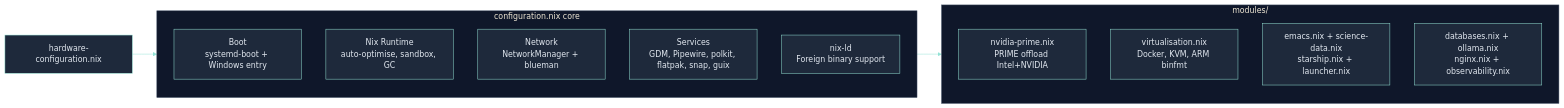
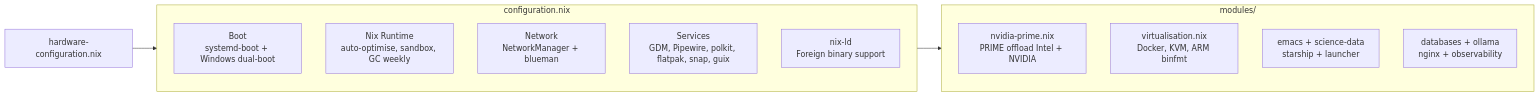
Before and after one commit to RomeoCavazza/nixos-config: the second of 8 diagrams in docs/README.md, drawn with Mermaid. The commit also changed other lines of this file, not shown here.

Commit message:
docs: fix Mermaid parse errors, clean stray PNGs, use default GitHub colors

````diff
--- a/docs/README.md
+++ b/docs/README.md
@@ -52,23 +51,22 @@
 ```mermaid
-%%{init: {'theme': 'base', 'themeVariables': { 'primaryColor': '#1e293b', 'secondaryColor': '#0f172a', 'tertiaryColor': '#0f172a', 'primaryBorderColor': '#94e2d5', 'lineColor': '#94e2d5', 'primaryTextColor': '#e2e8f0', 'clusterBkg': '#0f172a', 'clusterBorder': '#475569' }}}%%
 flowchart LR
   hw[hardware-configuration.nix]
 
-  subgraph core["configuration.nix core"]
-    boot["Boot\nsystemd-boot + Windows entry"]
-    nixrt["Nix Runtime\nauto-optimise, sandbox, GC"]
+  subgraph core["configuration.nix"]
+    boot["Boot\nsystemd-boot + Windows dual-boot"]
+    nixrt["Nix Runtime\nauto-optimise, sandbox, GC weekly"]
     net["Network\nNetworkManager + blueman"]
     svc["Services\nGDM, Pipewire, polkit, flatpak, snap, guix"]
     nld["nix-ld\nForeign binary support"]
   end
 
   subgraph mods["modules/"]
-    nv["nvidia-prime.nix\nPRIME offload Intel+NVIDIA"]
+    nv["nvidia-prime.nix\nPRIME offload Intel + NVIDIA"]
     vm["virtualisation.nix\nDocker, KVM, ARM binfmt"]
-    em["emacs.nix + science-data.nix\nstarship.nix + launcher.nix"]
-    db["databases.nix + ollama.nix\nnginx.nix + observability.nix"]
+    em["emacs + science-data\nstarship + launcher"]
+    db["databases + ollama\nnginx + observability"]
   end
 
   hw --> core
   core --> mods
 ```
````
